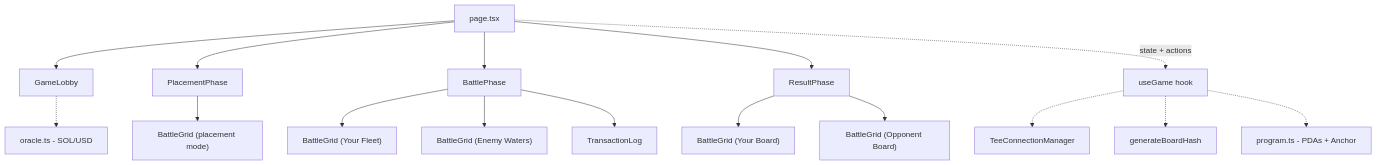
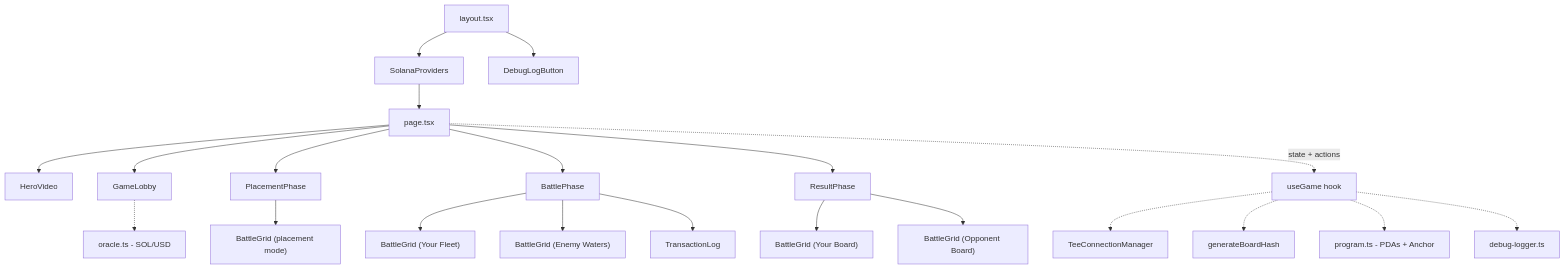
The first of 4 diagrams in app/README.md (Andy00L/private-battleship), drawn with Mermaid before and after one commit. The commit also changed other lines of this file and 21 other files, not shown here.

````diff
--- a/app/README.md
+++ b/app/README.md
@@ -42,20 +48,26 @@
 ```mermaid
 graph TD
-    PAGE[page.tsx] --> LOBBY[GameLobby]
+    LAYOUT[layout.tsx] --> PROVIDERS[SolanaProviders]
+    PROVIDERS --> PAGE[page.tsx]
+    LAYOUT --> DEBUG_BTN[DebugLogButton]
+    PAGE --> HERO[HeroVideo]
+
+    PAGE --> LOBBY[GameLobby]
     PAGE --> PLACEMENT[PlacementPhase]
     PAGE --> BATTLE[BattlePhase]
     PAGE --> RESULT[ResultPhase]
 
     PLACEMENT --> GRID_PLACE["BattleGrid (placement mode)"]
     BATTLE --> GRID_MY["BattleGrid (Your Fleet)"]
     BATTLE --> GRID_OPP["BattleGrid (Enemy Waters)"]
     BATTLE --> TX_LOG[TransactionLog]
     RESULT --> GRID_A["BattleGrid (Your Board)"]
     RESULT --> GRID_B["BattleGrid (Opponent Board)"]
 
     PAGE -.->|state + actions| HOOK[useGame hook]
     HOOK -.-> TEE_MGR[TeeConnectionManager]
     HOOK -.-> HASH[generateBoardHash]
     HOOK -.-> PROGRAM[program.ts - PDAs + Anchor]
+    HOOK -.-> DBG[debug-logger.ts]
     LOBBY -.-> ORACLE[oracle.ts - SOL/USD]
 ```
````
